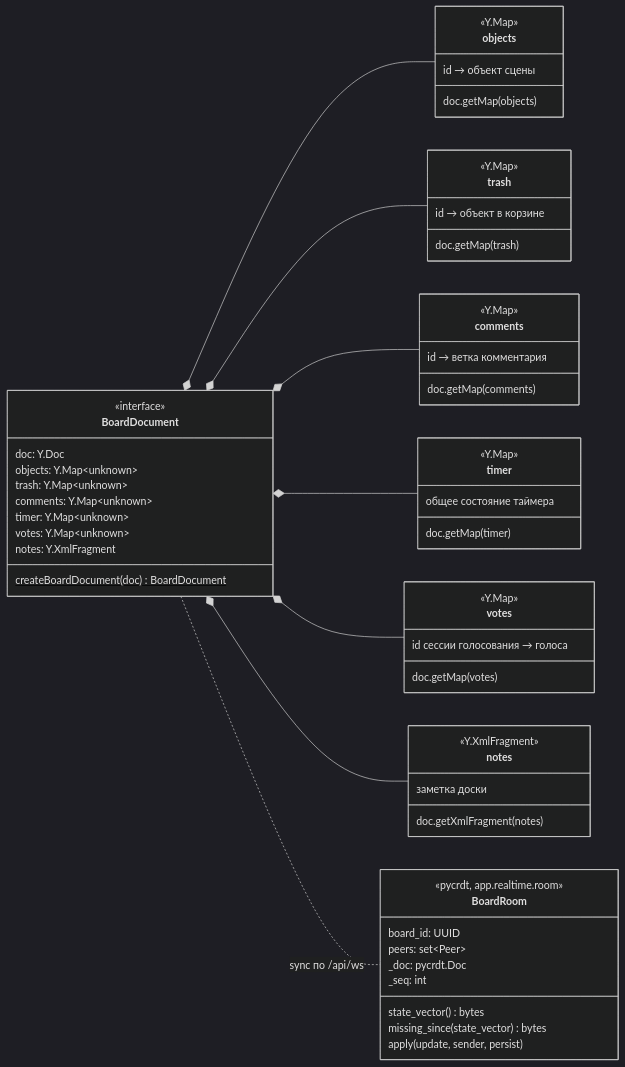
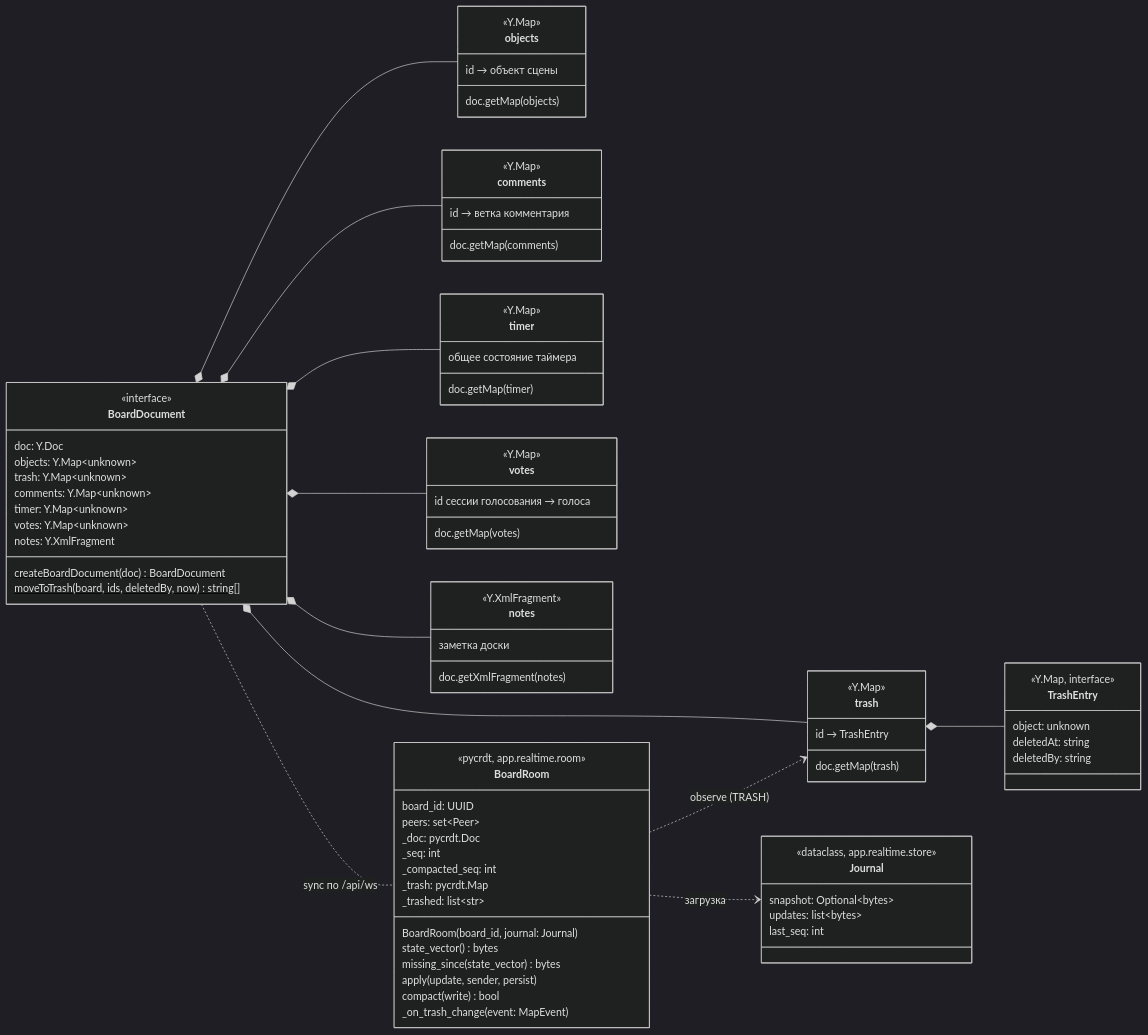
One commit to shumakove/myboard changed the diagram in uml/board-document.md. Above: the diagram before and after it, drawn with Mermaid (dark theme). The commit also changed other lines of this file and 8 other files, not shown here.

Commit message:
T4.3: Обновить UML-схемы журнала, снимков и корзины

````diff
--- a/uml/board-document.md
+++ b/uml/board-document.md
@@ -8,6 +8,7 @@
   class BoardDocument {
     <<interface>>
     createBoardDocument(doc) BoardDocument$
+    moveToTrash(board, ids, deletedBy, now) string[]$
     doc: Y.Doc
     objects: Y.Map~unknown~
     trash: Y.Map~unknown~
@@ -24,7 +25,13 @@
   class trash {
     <<Y.Map>>
     doc.getMap(trash)
-    id → объект в корзине
+    id → TrashEntry
+  }
+  class TrashEntry {
+    <<Y.Map, interface>>
+    object: unknown
+    deletedAt: string
+    deletedBy: string
   }
   class comments {
     <<Y.Map>>
@@ -52,9 +59,21 @@
     peers: set~Peer~
     _doc: pycrdt.Doc
     _seq: int
+    _compacted_seq: int
+    _trash: pycrdt.Map
+    _trashed: list~str~
+    BoardRoom(board_id, journal: Journal)
     state_vector() bytes
     missing_since(state_vector) bytes
     apply(update, sender, persist)
+    compact(write) bool
+    _on_trash_change(event: MapEvent)
+  }
+  class Journal {
+    <<dataclass, app.realtime.store>>
+    snapshot: Optional~bytes~
+    updates: list~bytes~
+    last_seq: int
   }
   BoardDocument *-- objects
   BoardDocument *-- trash
@@ -62,5 +81,8 @@
   BoardDocument *-- timer
   BoardDocument *-- votes
   BoardDocument *-- notes
+  trash *-- TrashEntry
+  BoardRoom ..> Journal : загрузка
+  BoardRoom ..> trash : observe (TRASH)
   BoardDocument .. BoardRoom : sync по /api/ws
 ```
````
